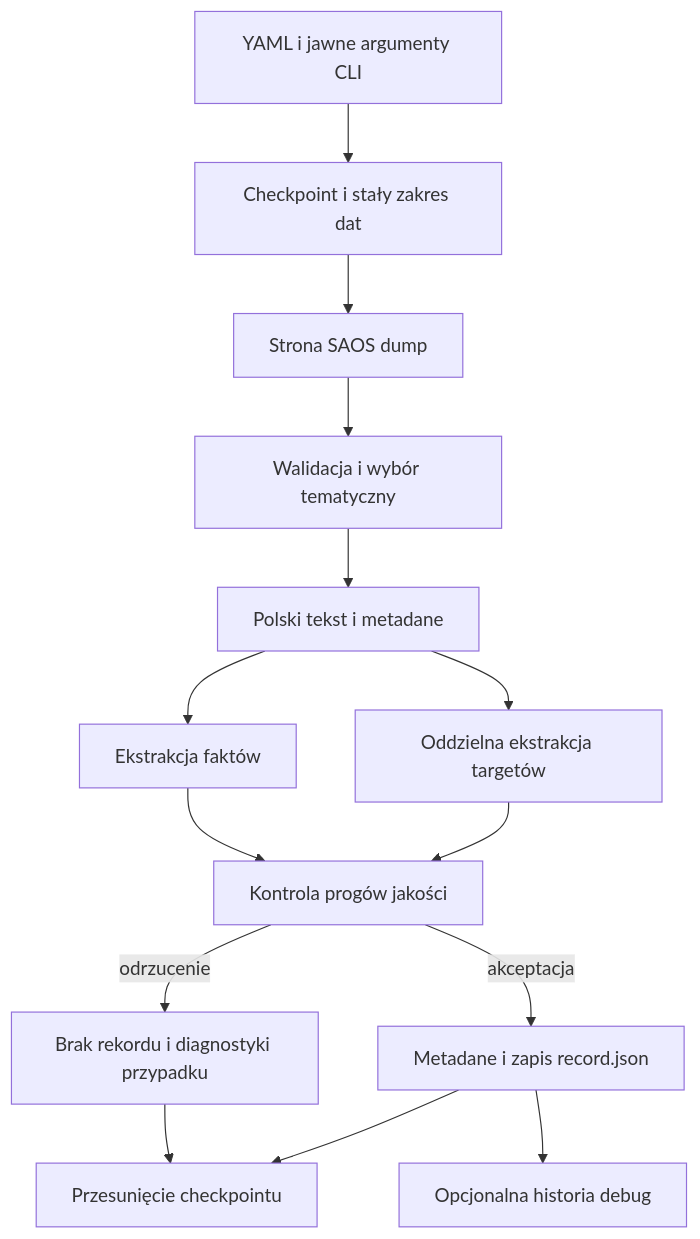
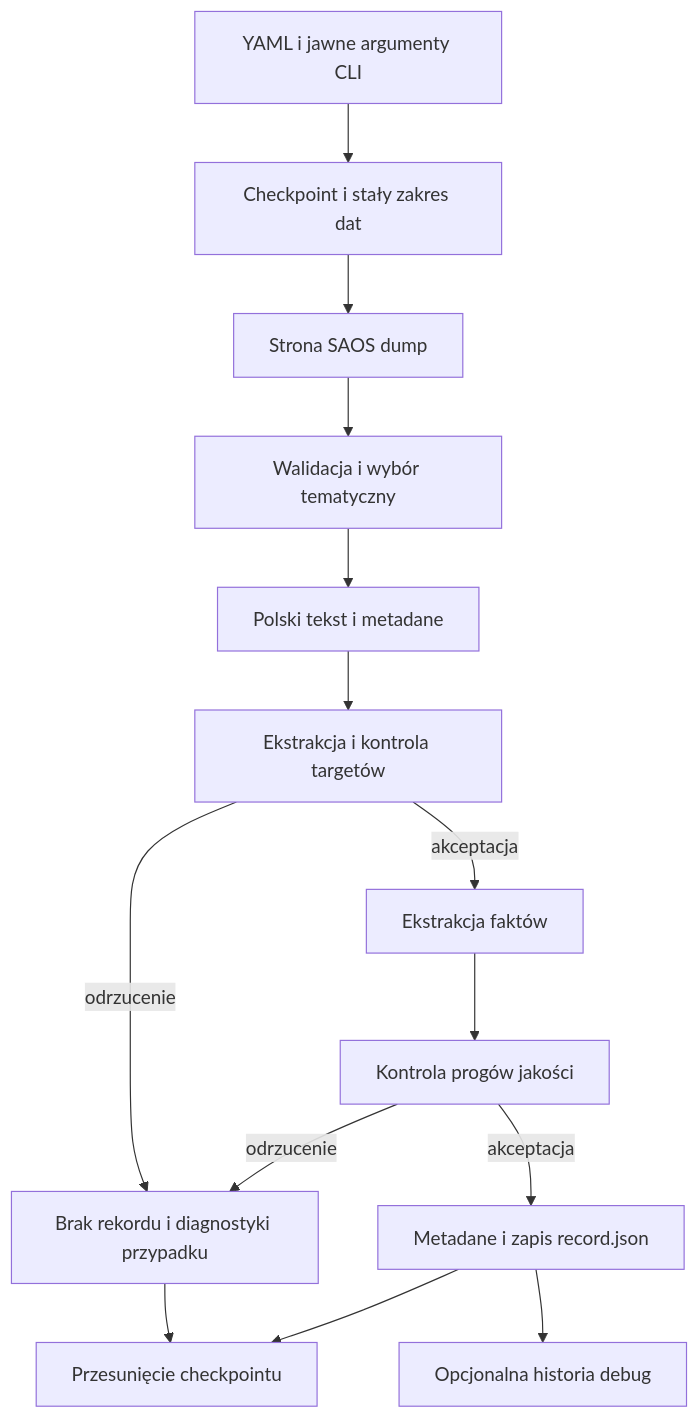
Before and after one commit to kalmary/saos-compensation: the diagram in src/dataset/how-it-works.md, drawn with Mermaid. The commit also changed other lines of this file and 16 other files, not shown here.

````diff
--- a/src/dataset/how-it-works.md
+++ b/src/dataset/how-it-works.md
@@ -17,16 +17,16 @@
 ```mermaid
 flowchart TD
     A[YAML i jawne argumenty CLI] --> B[Checkpoint i stały zakres dat]
     B --> C[Strona SAOS dump]
     C --> D[Walidacja i wybór tematyczny]
     D --> E[Polski tekst i metadane]
-    E --> F[Ekstrakcja faktów]
-    E --> G[Oddzielna ekstrakcja targetów]
+    E --> G[Ekstrakcja i kontrola targetów]
+    G -->|odrzucenie| I
+    G -->|akceptacja| F[Ekstrakcja faktów]
     F --> H[Kontrola progów jakości]
-    G --> H
     H -->|odrzucenie| I[Brak rekordu i diagnostyki przypadku]
     H -->|akceptacja| J[Metadane i zapis record.json]
     J --> K[Opcjonalna historia debug]
     I --> L[Przesunięcie checkpointu]
     J --> L
 ```
````
